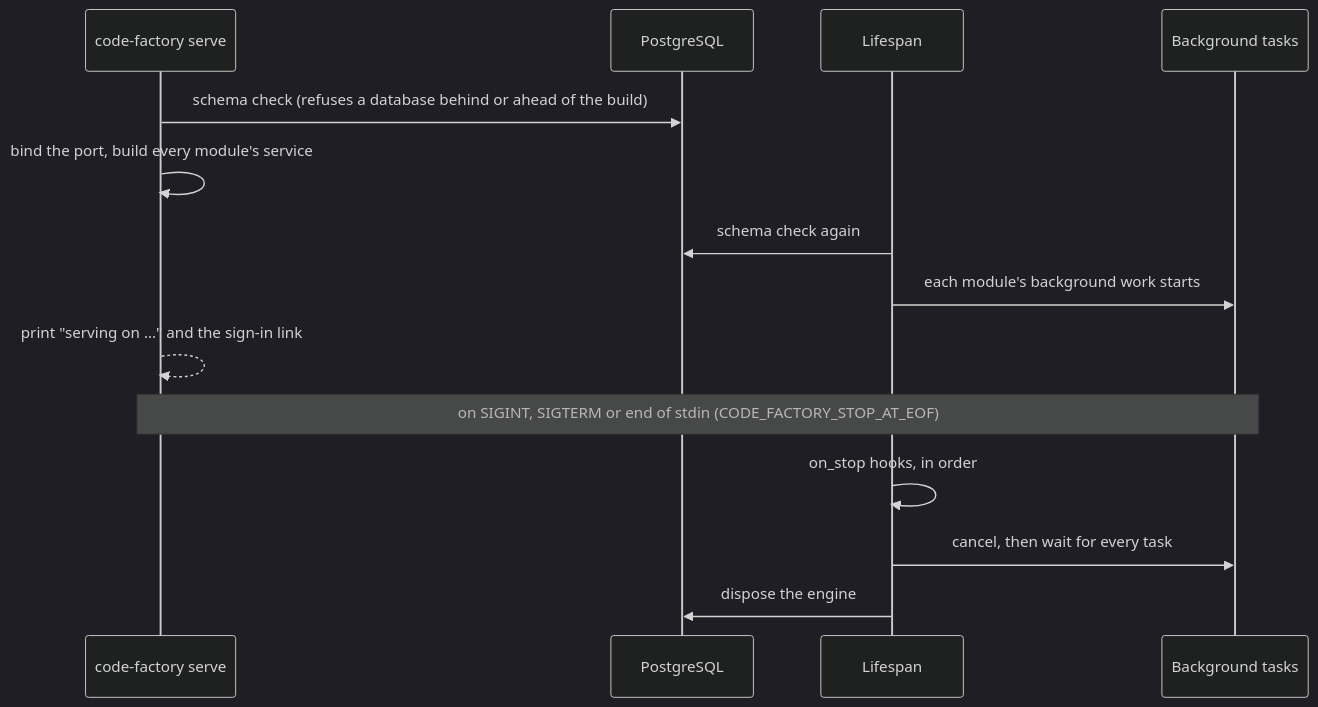
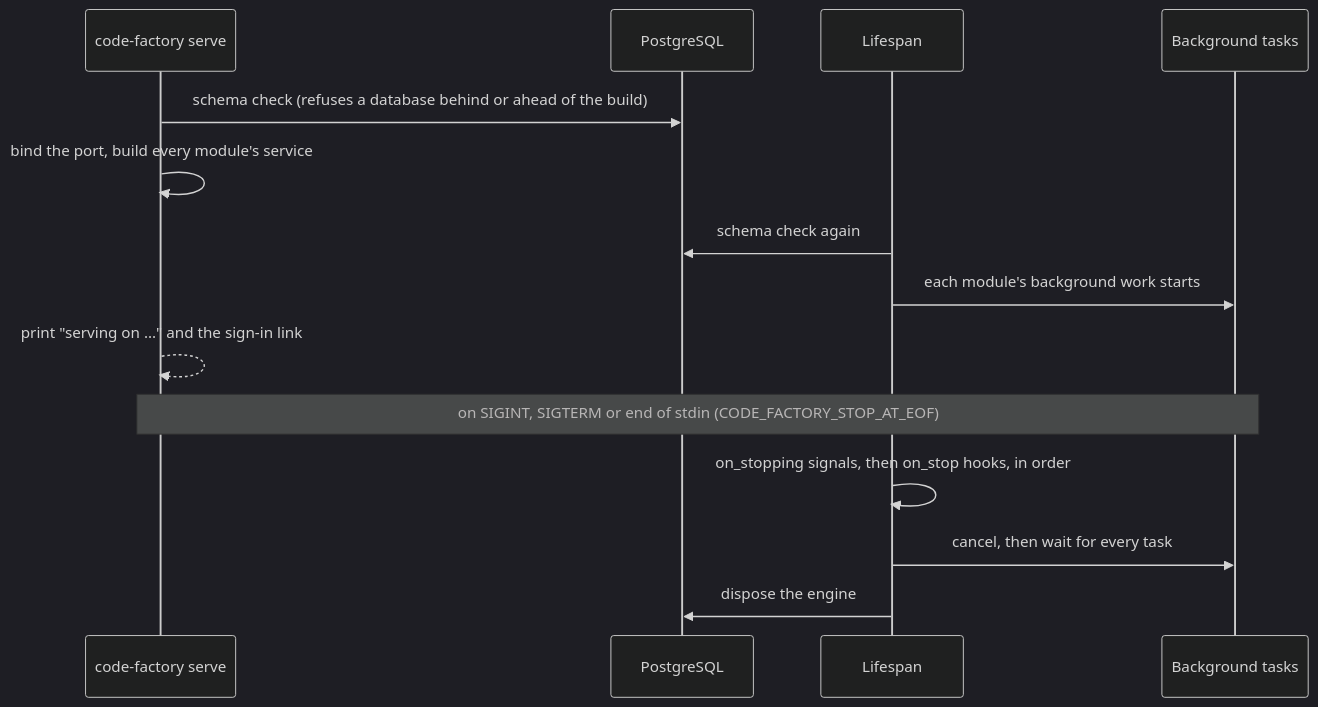
The diagram in docs/guides/operations.md (ilovepixelart/code-factory), drawn with Mermaid (dark theme) before and after one commit. The commit also changed other lines of this file and 15 other files, not shown here.

First line of the commit message:
Separate stop signals from async cleanup in module stop hooks

````diff
--- a/docs/guides/operations.md
+++ b/docs/guides/operations.md
@@ -17,17 +17,17 @@
 ```mermaid
 sequenceDiagram
     participant CLI as code-factory serve
     participant DB as PostgreSQL
     participant App as Lifespan
     participant Tasks as Background tasks
 
     CLI->>DB: schema check (refuses a database behind or ahead of the build)
     CLI->>CLI: bind the port, build every module's service
     App->>DB: schema check again
     App->>Tasks: each module's background work starts
     CLI-->>CLI: print "serving on ..." and the sign-in link
     Note over CLI,Tasks: on SIGINT, SIGTERM or end of stdin (CODE_FACTORY_STOP_AT_EOF)
-    App->>App: on_stop hooks, in order
+    App->>App: on_stopping signals, then on_stop hooks, in order
     App->>Tasks: cancel, then wait for every task
     App->>DB: dispose the engine
 ```
````
